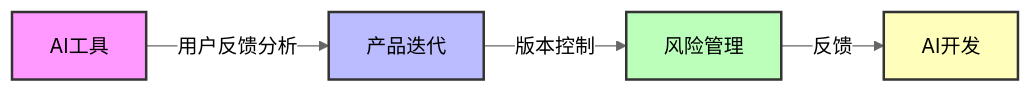
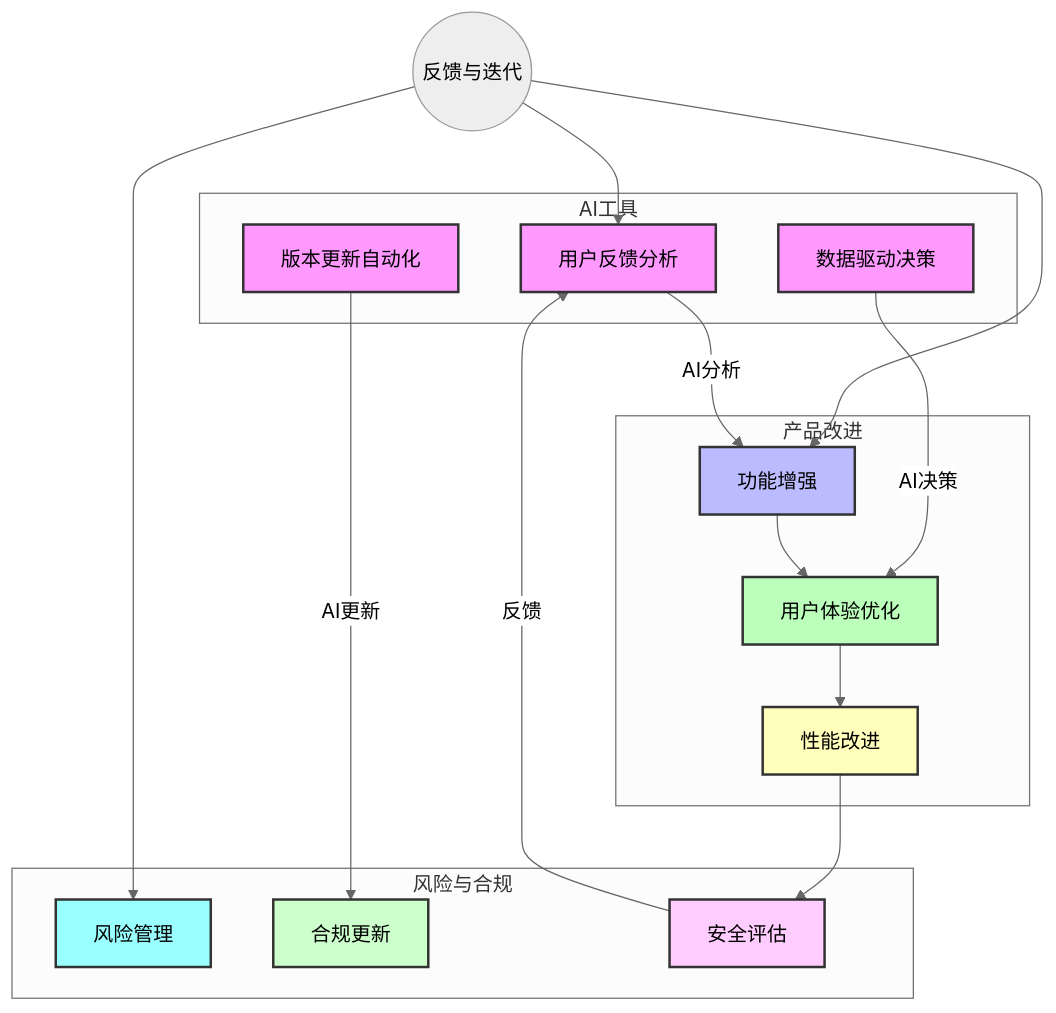
One commit to wutongci/cursor-courses changed the eighth of 8 diagrams in advanced/前言.md. Above: the diagram before and after it, drawn with Mermaid (neutral theme). The commit also changed other lines of this file, not shown here.

````diff
--- a/advanced/前言.md
+++ b/advanced/前言.md
@@ -231,10 +354,38 @@
 ```mermaid
-graph LR;
-    A[AI工具] -->|用户反馈分析| B[产品迭代]
-    B -->|版本控制| C[风险管理]
-    C -->|反馈| D[AI开发]
-    style A fill:#f9f,stroke:#333,stroke-width:2px;
-    style B fill:#bbf,stroke:#333,stroke-width:2px;
-    style C fill:#bfb,stroke:#333,stroke-width:2px;
-    style D fill:#ffb,stroke:#333,stroke-width:2px;
+graph TD;
+    A((反馈与迭代))
+    subgraph AI工具
+        B[用户反馈分析]
+        C[数据驱动决策]
+        D[版本更新自动化]
+    end
+    subgraph 产品改进
+        E[功能增强]
+        F[用户体验优化]
+        G[性能改进]
+    end
+    subgraph 风险与合规
+        H[风险管理]
+        I[合规更新]
+        J[安全评估]
+    end
+    A --> B
+    A --> E
+    A --> H
+    B -->|AI分析| E
+    C -->|AI决策| F
+    D -->|AI更新| I
+    E --> F
+    F --> G
+    G --> J
+    J -->|反馈| B
+    style B fill:#f9f,stroke:#333,stroke-width:2px;
+    style C fill:#f9f,stroke:#333,stroke-width:2px;
+    style D fill:#f9f,stroke:#333,stroke-width:2px;
+    style E fill:#bbf,stroke:#333,stroke-width:2px;
+    style F fill:#bfb,stroke:#333,stroke-width:2px;
+    style G fill:#ffb,stroke:#333,stroke-width:2px;
+    style H fill:#9ff,stroke:#333,stroke-width:2px;
+    style I fill:#cfc,stroke:#333,stroke-width:2px;
+    style J fill:#fcf,stroke:#333,stroke-width:2px;
 ```
````
